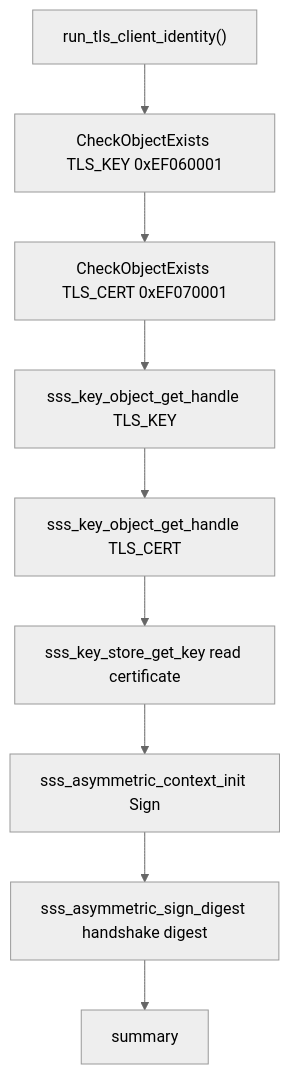
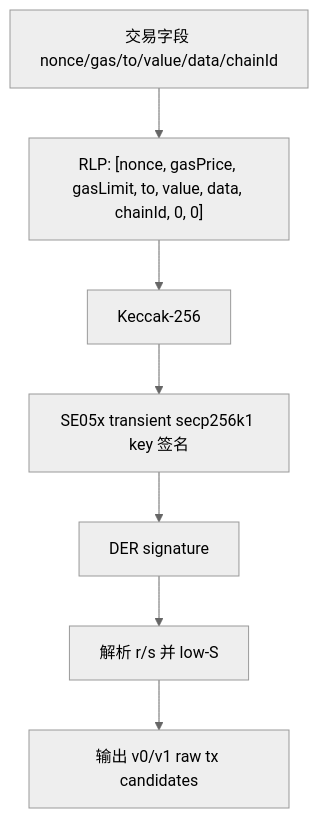
The third of 4 diagrams in demo/README.md (tianrking/nrf54lm20-se05x-ncs), drawn with Mermaid (neutral theme) before and after one commit. The commit also changed other lines of this file and 11 other files, not shown here.

````diff
--- a/demo/README.md
+++ b/demo/README.md
@@ -712,11 +128,9 @@
 ```mermaid
 flowchart TD
-    A["run_tls_client_identity()"] --> B["CheckObjectExists TLS_KEY 0xEF060001"]
-    B --> C["CheckObjectExists TLS_CERT 0xEF070001"]
-    C --> D["sss_key_object_get_handle TLS_KEY"]
-    D --> E["sss_key_object_get_handle TLS_CERT"]
-    E --> F["sss_key_store_get_key read certificate"]
-    F --> G["sss_asymmetric_context_init Sign"]
-    G --> H["sss_asymmetric_sign_digest handshake digest"]
-    H --> I["summary"]
+    A["交易字段 nonce/gas/to/value/data/chainId"] --> B["RLP: [nonce, gasPrice, gasLimit, to, value, data, chainId, 0, 0]"]
+    B --> C["Keccak-256"]
+    C --> D["SE05x transient secp256k1 key 签名"]
+    D --> E["DER signature"]
+    E --> F["解析 r/s 并 low-S"]
+    F --> G["输出 v0/v1 raw tx candidates"]
 ```
````
